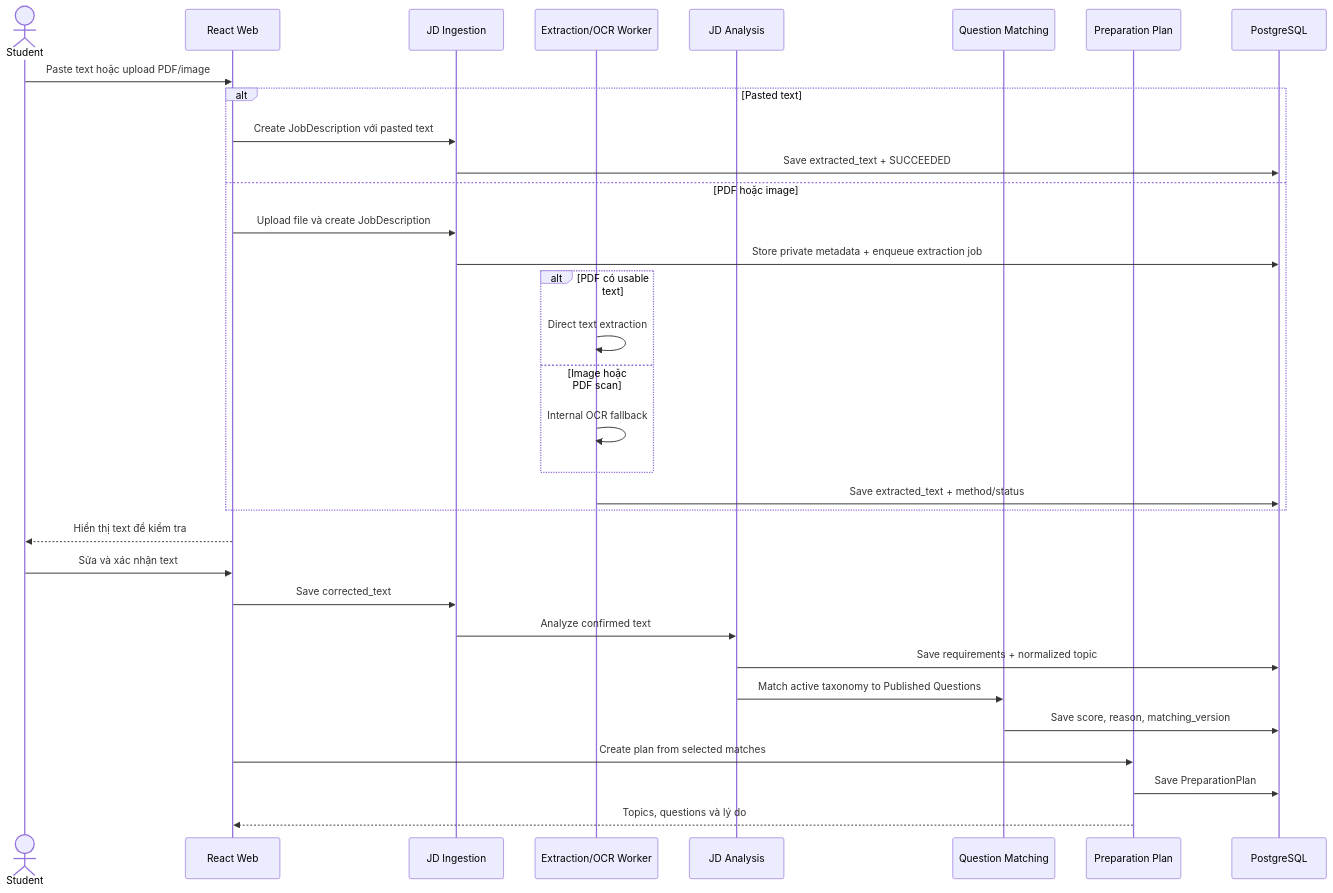
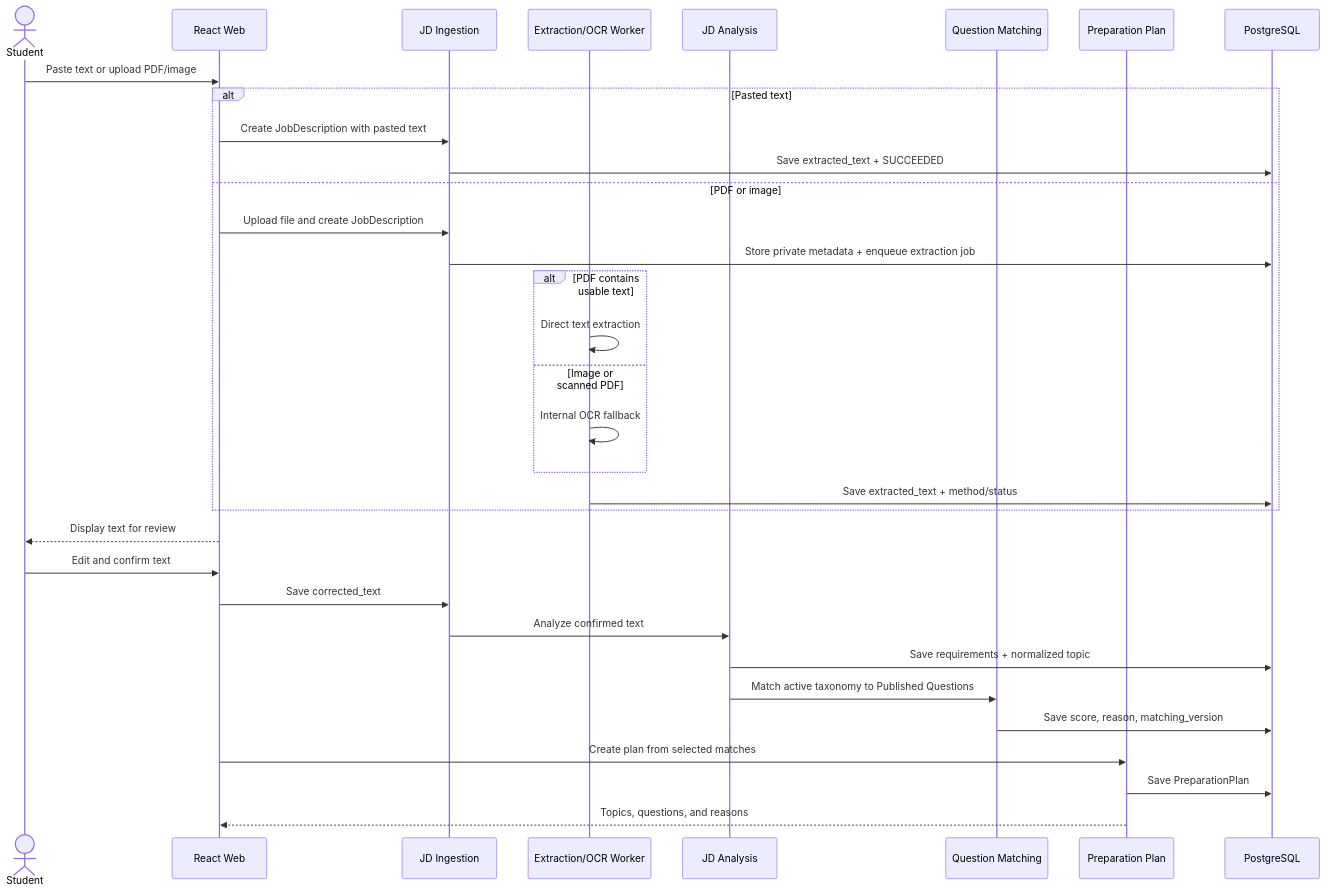
One commit to tnnhuaa/InterviewQuestionBank changed the fourth of 7 diagrams in docs/Project_Architecture/software_architecture.md. Above: the diagram before and after it, drawn with Mermaid. The commit also changed other lines of this file and 19 other files, not shown here.

````diff
--- a/docs/Project_Architecture/software_architecture.md
+++ b/docs/Project_Architecture/software_architecture.md
@@ -240,35 +240,35 @@
-```mermaid
+~~~mermaid
 sequenceDiagram
     actor S as Student
     participant W as React Web
     participant I as JD Ingestion
     participant X as Extraction/OCR Worker
     participant A as JD Analysis
     participant M as Question Matching
     participant P as Preparation Plan
     participant D as PostgreSQL
-    S->>W: Paste text hoặc upload PDF/image
+    S->>W: Paste text or upload PDF/image
     alt Pasted text
-        W->>I: Create JobDescription với pasted text
+        W->>I: Create JobDescription with pasted text
         I->>D: Save extracted_text + SUCCEEDED
-    else PDF hoặc image
-        W->>I: Upload file và create JobDescription
+    else PDF or image
+        W->>I: Upload file and create JobDescription
         I->>D: Store private metadata + enqueue extraction job
-        alt PDF có usable text
+        alt PDF contains usable text
             X->>X: Direct text extraction
-        else Image hoặc PDF scan
+        else Image or scanned PDF
             X->>X: Internal OCR fallback
         end
         X->>D: Save extracted_text + method/status
     end
-    W-->>S: Hiển thị text để kiểm tra
-    S->>W: Sửa và xác nhận text
+    W-->>S: Display text for review
+    S->>W: Edit and confirm text
     W->>I: Save corrected_text
     I->>A: Analyze confirmed text
     A->>D: Save requirements + normalized topic
     A->>M: Match active taxonomy to Published Questions
     M->>D: Save score, reason, matching_version
     W->>P: Create plan from selected matches
     P->>D: Save PreparationPlan
-    P-->>W: Topics, questions và lý do
-```
+    P-->>W: Topics, questions, and reasons
+~~~
````
